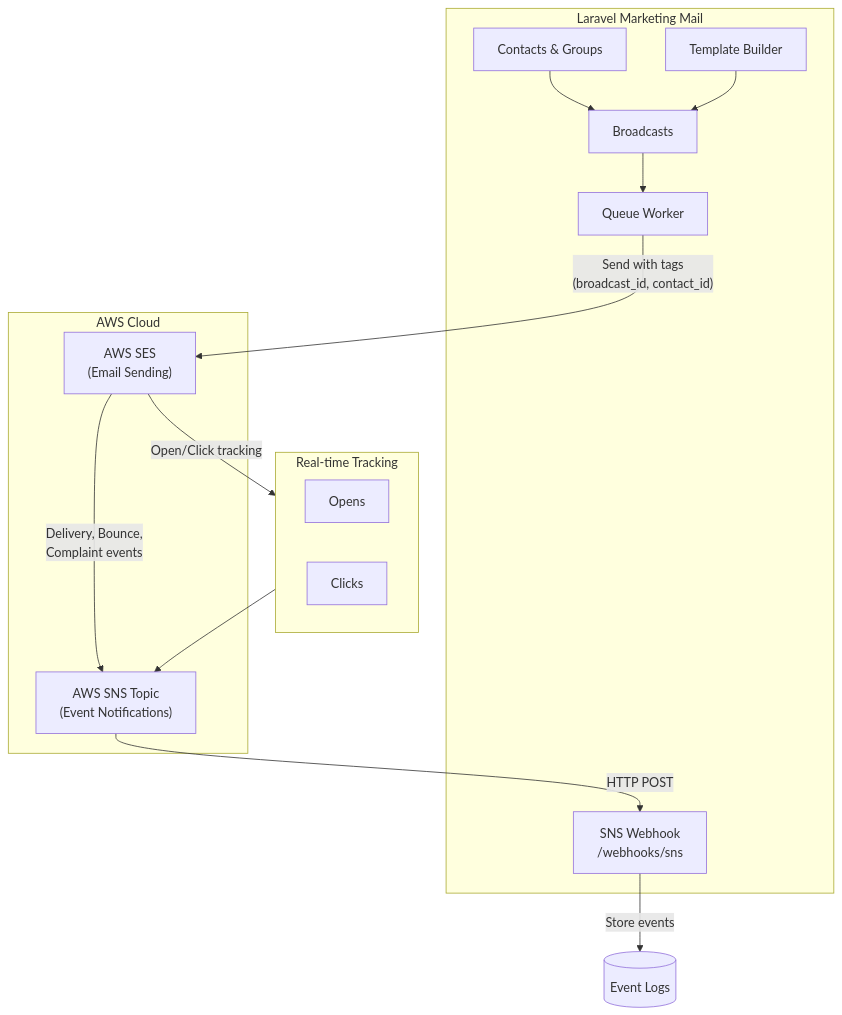
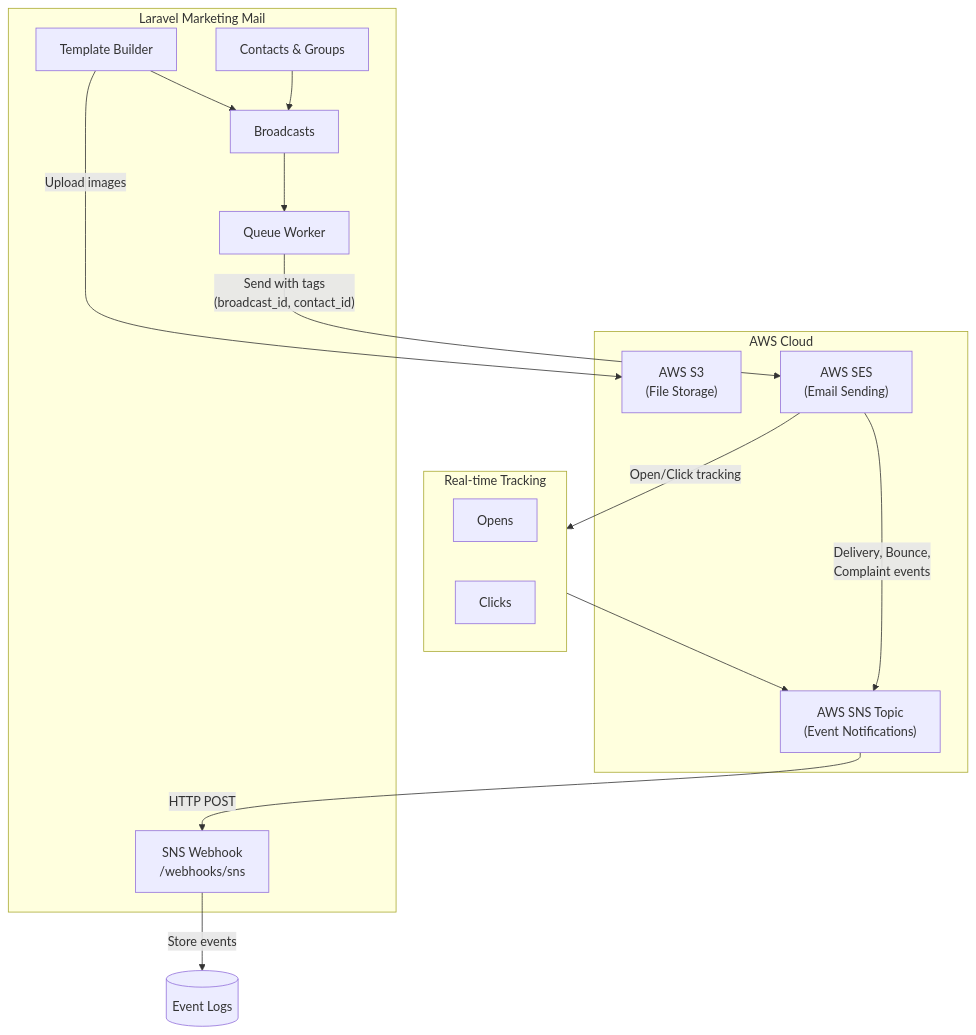
The diagram in README.md (JuniYadi/laravel-email-marketing), drawn with Mermaid before and after one commit. The commit also changed other lines of this file, not shown here.

Commit message:
docs: add comprehensive AWS S3 and Kubernetes/EKS documentation

````diff
--- a/README.md
+++ b/README.md
@@ -55,32 +56,34 @@
 ```mermaid
 flowchart TB
     subgraph App["Laravel Marketing Mail"]
         Contacts["Contacts & Groups"]
         Templates["Template Builder"]
         Broadcasts["Broadcasts"]
         Queue["Queue Worker"]
         Webhook["SNS Webhook<br/>/webhooks/sns"]
     end
 
     subgraph AWS["AWS Cloud"]
+        S3["AWS S3<br/>(File Storage)"]
         SES["AWS SES<br/>(Email Sending)"]
         SNS["AWS SNS Topic<br/>(Event Notifications)"]
     end
 
     Contacts --> Broadcasts
+    Templates -->|"Upload images"| S3
     Templates --> Broadcasts
     Broadcasts --> Queue
     Queue -->|"Send with tags<br/>(broadcast_id, contact_id)"| SES
 
     SES -->|"Delivery, Bounce,<br/>Complaint events"| SNS
     SNS -->|"HTTP POST"| Webhook
     Webhook -->|"Store events"| EventsDB[("Event Logs")]
 
     subgraph Tracking["Real-time Tracking"]
         Opens["Opens"]
         Clicks["Clicks"]
     end
 
     SES -->|"Open/Click tracking"| Tracking
     Tracking --> SNS
 ```
````
